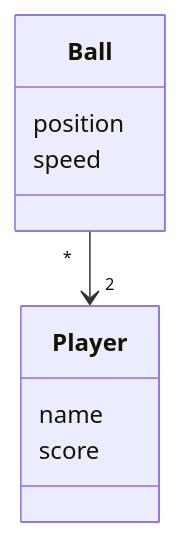
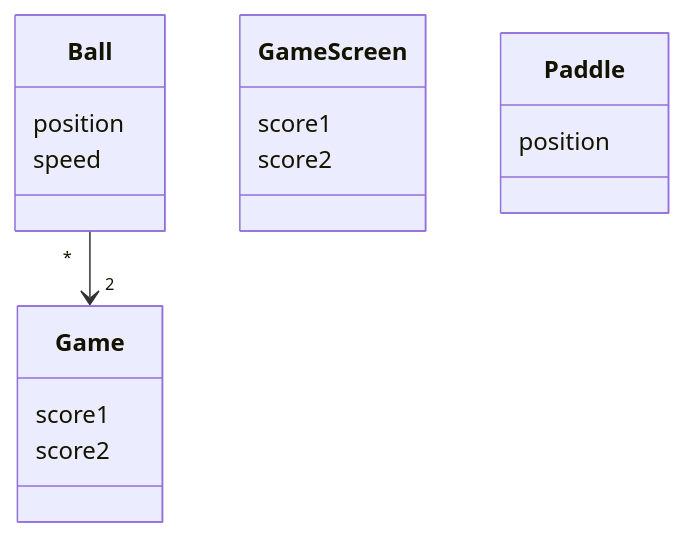
The first of 4 diagrams in dokumentaatio/referenssi.md (Adamygire/Pong), drawn with Mermaid before and after one commit. The commit also changed other lines of this file and 8 other files, not shown here.

````diff
--- a/dokumentaatio/referenssi.md
+++ b/dokumentaatio/referenssi.md
@@ -29,12 +23,19 @@
 ```mermaid
 classDiagram
-    Ball "*" --> "2" Player
-    class Player {
-        name
-        score
+    Ball "*" --> "2" Game
+    class Game {
+        score1
+        score2
+    }
+    class GameScreen {
+        score1
+        score2
     }
     class Ball {
         position
         speed
     }
+    class Paddle {
+        position
+    }
 ```
````
